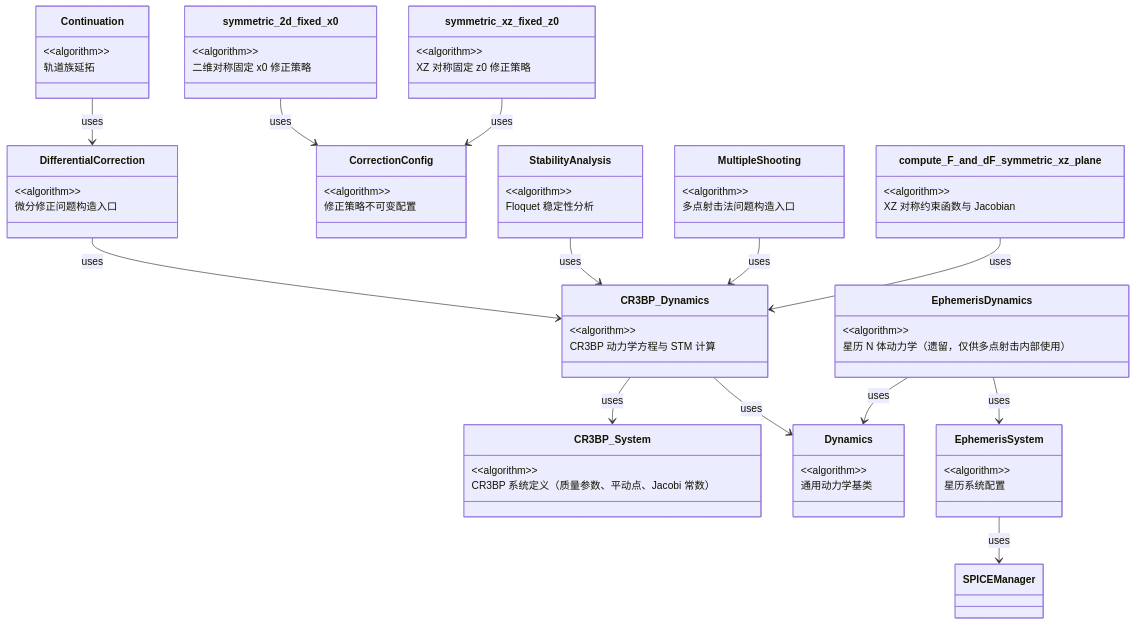
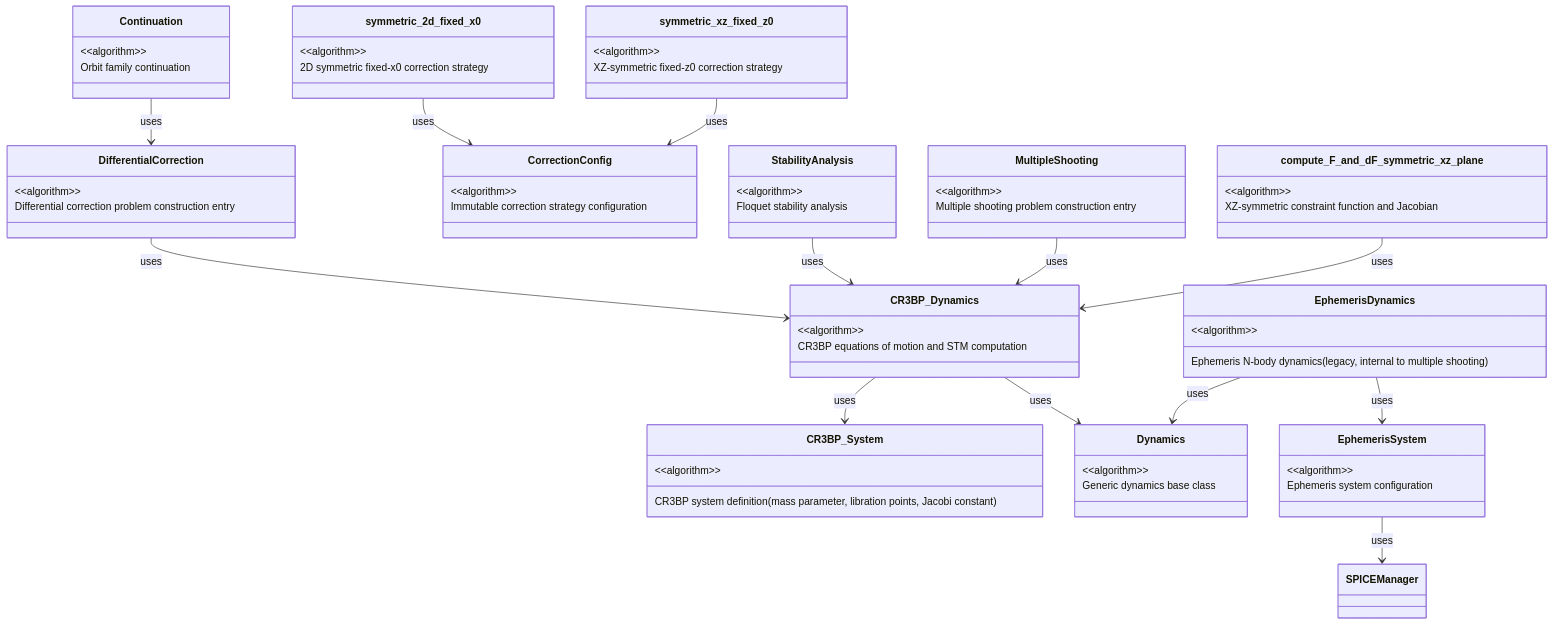
Before and after one commit to cislunarspace/e2m2e: the diagram in docs/reference/mbse/generated/bdd-algorithm.md, drawn with Mermaid. The commit also changed other lines of this file and 116 other files, not shown here.

````diff
--- a/docs/reference/mbse/generated/bdd-algorithm.md
+++ b/docs/reference/mbse/generated/bdd-algorithm.md
@@ -11,67 +11,67 @@
 ```mermaid
 classDiagram
     class CR3BP_System {
         &lt;&lt;algorithm&gt;&gt;
-        CR3BP 系统定义（质量参数、平动点、Jacobi 常数）
+        CR3BP system definition (mass parameter, libration points, Jacobi constant)
     }
     class Dynamics {
         &lt;&lt;algorithm&gt;&gt;
-        通用动力学基类
+        Generic dynamics base class
     }
     class CR3BP_Dynamics {
         &lt;&lt;algorithm&gt;&gt;
-        CR3BP 动力学方程与 STM 计算
+        CR3BP equations of motion and STM computation
     }
     CR3BP_Dynamics --> Dynamics : uses
     CR3BP_Dynamics --> CR3BP_System : uses
     class EphemerisSystem {
         &lt;&lt;algorithm&gt;&gt;
-        星历系统配置
+        Ephemeris system configuration
     }
     EphemerisSystem --> SPICEManager : uses
     class EphemerisDynamics {
         &lt;&lt;algorithm&gt;&gt;
-        星历 N 体动力学（遗留，仅供多点射击内部使用）
+        Ephemeris N-body dynamics (legacy, internal to multiple shooting)
     }
     EphemerisDynamics --> Dynamics : uses
     EphemerisDynamics --> EphemerisSystem : uses
     class DifferentialCorrection {
         &lt;&lt;algorithm&gt;&gt;
-        微分修正问题构造入口
+        Differential correction problem construction entry
     }
     DifferentialCorrection --> CR3BP_Dynamics : uses
     class CorrectionConfig {
         &lt;&lt;algorithm&gt;&gt;
-        修正策略不可变配置
+        Immutable correction strategy configuration
     }
     class symmetric_2d_fixed_x0 {
         &lt;&lt;algorithm&gt;&gt;
-        二维对称固定 x0 修正策略
+        2D symmetric fixed-x0 correction strategy
     }
     symmetric_2d_fixed_x0 --> CorrectionConfig : uses
     class symmetric_xz_fixed_z0 {
         &lt;&lt;algorithm&gt;&gt;
-        XZ 对称固定 z0 修正策略
+        XZ-symmetric fixed-z0 correction strategy
     }
     symmetric_xz_fixed_z0 --> CorrectionConfig : uses
     class Continuation {
         &lt;&lt;algorithm&gt;&gt;
-        轨道族延拓
+        Orbit family continuation
     }
     Continuation --> DifferentialCorrection : uses
     class StabilityAnalysis {
         &lt;&lt;algorithm&gt;&gt;
-        Floquet 稳定性分析
+        Floquet stability analysis
     }
     StabilityAnalysis --> CR3BP_Dynamics : uses
     class MultipleShooting {
         &lt;&lt;algorithm&gt;&gt;
-        多点射击法问题构造入口
+        Multiple shooting problem construction entry
     }
     MultipleShooting --> CR3BP_Dynamics : uses
     class compute_F_and_dF_symmetric_xz_plane {
         &lt;&lt;algorithm&gt;&gt;
-        XZ 对称约束函数与 Jacobian
+        XZ-symmetric constraint function and Jacobian
     }
     compute_F_and_dF_symmetric_xz_plane --> CR3BP_Dynamics : uses
 ```
````
